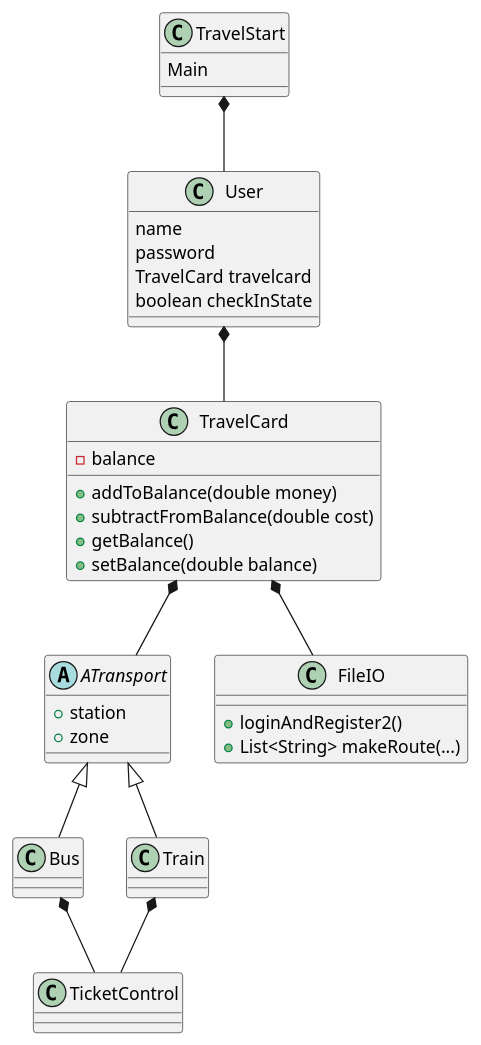
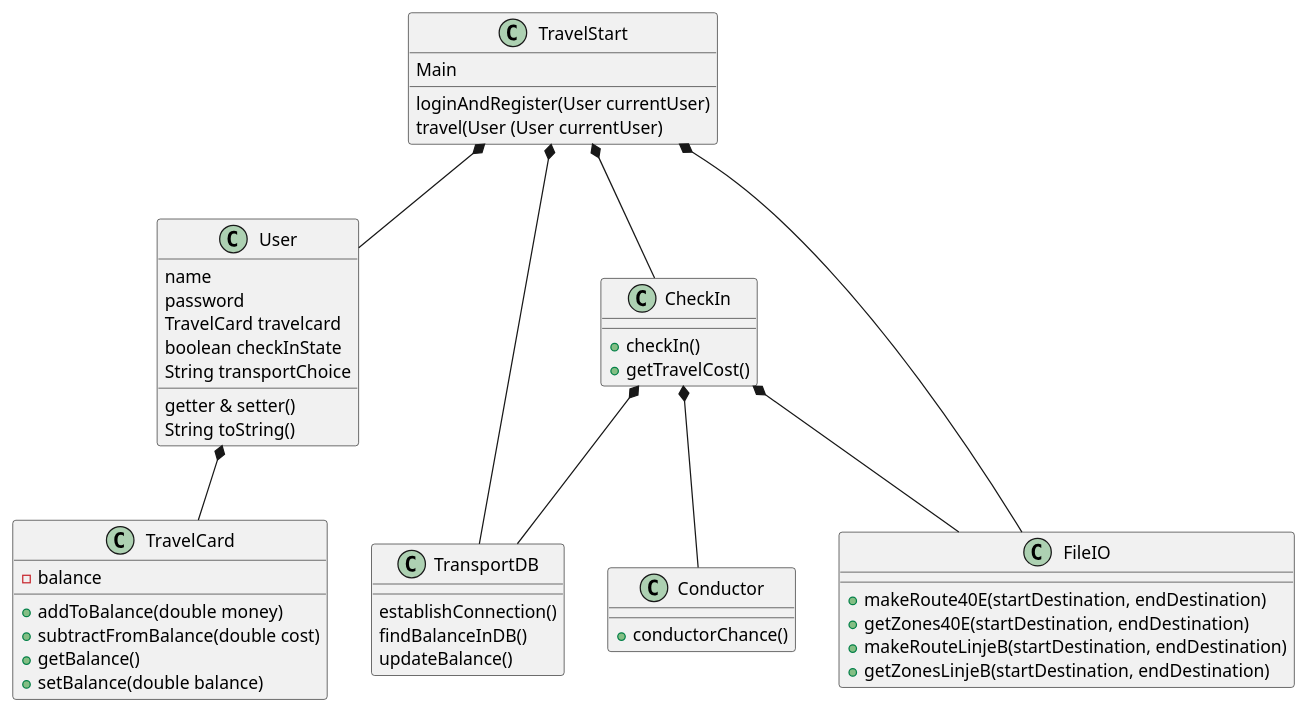
The diagram in out/production/ICEprojektGruppeQ/KlasseDiagram.puml (LUJHNA/ICEprojektGruppeQ), drawn with PlantUML before and after one commit. The commit also changed 13 other files, not shown here.

```diff
--- a/out/production/ICEprojektGruppeQ/KlasseDiagram.puml
+++ b/out/production/ICEprojektGruppeQ/KlasseDiagram.puml
@@ -1,39 +1,53 @@
 @startuml
 class TravelStart
 class User
 class TravelCard
-abstract class ATransport
-class TicketControl
+class Conductor
+class CheckIn
+class TransportDB
+
+TravelStart *--TransportDB
+CheckIn *--TransportDB
 
 TravelStart *-- User
 User *-- TravelCard
-TravelCard *-- ATransport
 
-ATransport <|-- Bus
-ATransport <|-- Train
+CheckIn *--Conductor
 
-Bus *-- TicketControl
-Train *-- TicketControl
+CheckIn *--FileIO
+TravelStart*--CheckIn
+TravelStart *--FileIO
 
-TravelCard *--FileIO
+TransportDB : establishConnection()
+TransportDB : findBalanceInDB()
+TransportDB : updateBalance()
 
 TravelStart : Main
+TravelStart : loginAndRegister(User currentUser)
+TravelStart : travel(User (User currentUser)
 
-ATransport : +station
-ATransport : +zone
+CheckIn : +checkIn()
+CheckIn : +getTravelCost()
 
  User : name
  User : password
  User : TravelCard travelcard
  User : boolean checkInState
+ User : String transportChoice
+ User : getter & setter()
+ User : String toString()
 
 TravelCard : -balance
 TravelCard : +addToBalance(double money)
 TravelCard : +subtractFromBalance(double cost)
 TravelCard : +getBalance()
 TravelCard : +setBalance(double balance)
 
-FileIO : +loginAndRegister2()
-FileIO : +List<String> makeRoute(...)
+Conductor : +conductorChance()
+
+FileIO : +makeRoute40E(startDestination, endDestination)
+FileIO : +getZones40E(startDestination, endDestination)
+FileIO : +makeRouteLinjeB(startDestination, endDestination)
+FileIO : +getZonesLinjeB(startDestination, endDestination)
 
 @enduml
```
